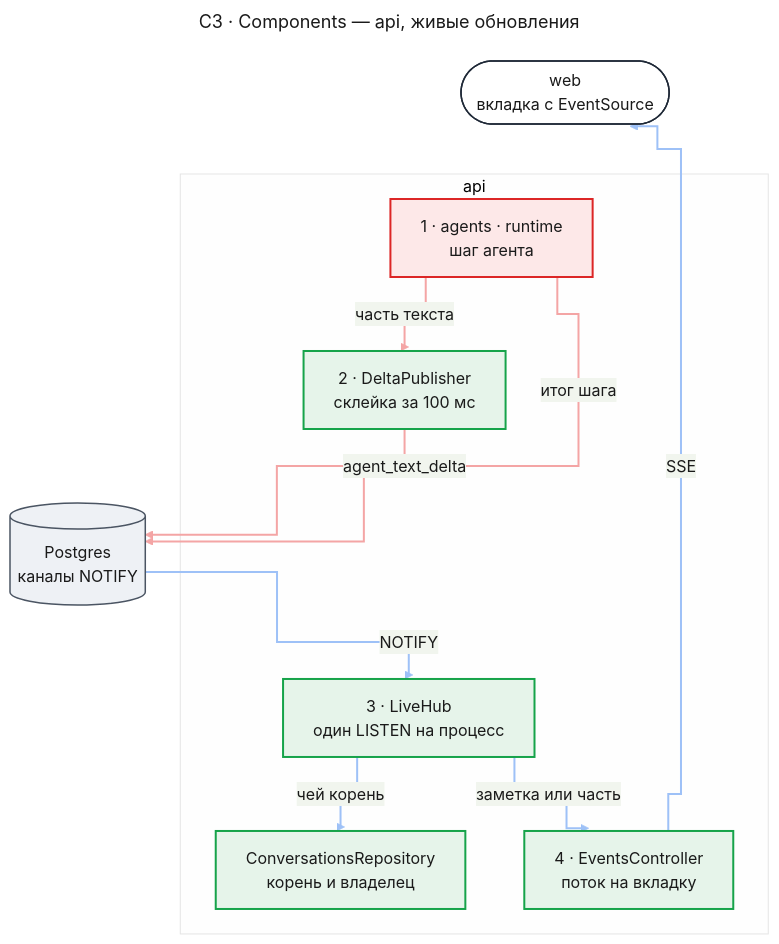
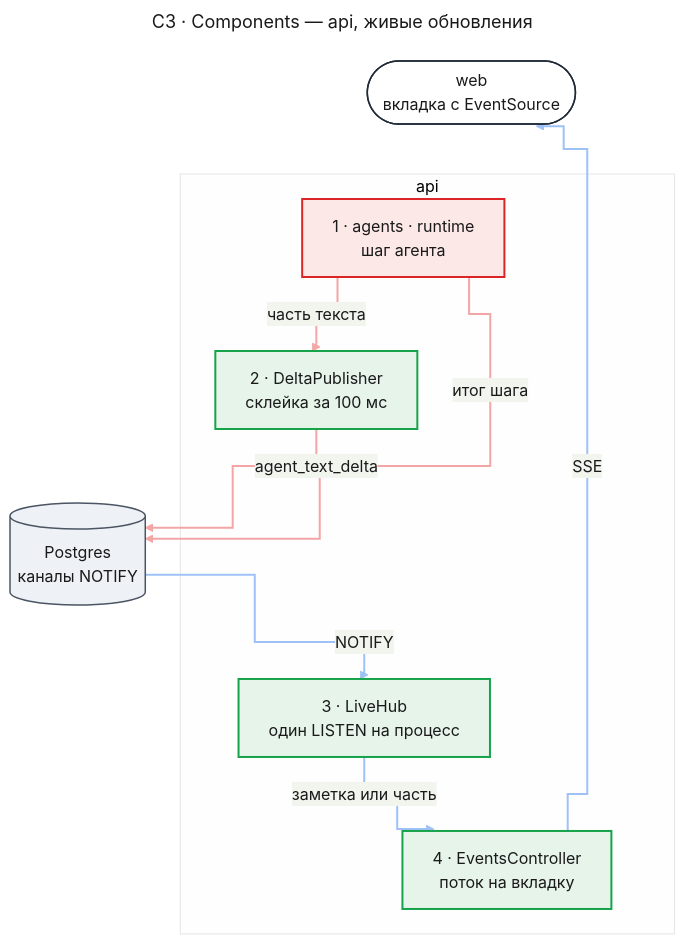
The third of 10 diagrams in docs/features/agent-platform/design-chat.md (tundraray/agent-os), drawn with Mermaid before and after one commit. The commit also changed other lines of this file and 420 other files, not shown here.

````diff
--- a/docs/features/agent-platform/design-chat.md
+++ b/docs/features/agent-platform/design-chat.md
@@ -252,58 +259,54 @@
 ```mermaid
 ---
 title: "C3 · Components — api, живые обновления"
 config:
   theme: base
   look: classic
   themeVariables:
     primaryColor: "#eef1f5"
     primaryBorderColor: "#4b5563"
     primaryTextColor: "#1a1a1a"
     lineColor: "#6b7280"
   flowchart:
     curve: step
   themeCSS: |
-    @keyframes lit_ch3b{0%,12.86%{stroke:#991b1b;stroke-width:6px}14.29%,100%{stroke:#f4a5a5;stroke-width:2px}}
-    @keyframes litr_ch3b{0%,12.86%{stroke:#1d4ed8;stroke-width:6px}14.29%,100%{stroke:#9ec1f7;stroke-width:2px}}
+    @keyframes lit_ch3b{0%,15%{stroke:#991b1b;stroke-width:6px}16.67%,100%{stroke:#f4a5a5;stroke-width:2px}}
+    @keyframes litr_ch3b{0%,15%{stroke:#1d4ed8;stroke-width:6px}16.67%,100%{stroke:#9ec1f7;stroke-width:2px}}
 ---
 flowchart TB
     web(["web<br/>вкладка с EventSource"])
     subgraph api["api"]
         pk["1 · agents · runtime<br/>шаг агента"]
         pub["2 · DeltaPublisher<br/>склейка за 100 мс"]
         hub["3 · LiveHub<br/>один LISTEN на процесс"]
-        repo["ConversationsRepository<br/>корень и владелец"]
         ev["4 · EventsController<br/>поток на вкладку"]
     end
     db[("Postgres<br/>каналы NOTIFY")]
     web ~~~ pk
     pk e1@-->|"часть текста"| pub
     pub e2@-->|"agent_text_delta"| db
     pk e3@-->|"итог шага"| db
     db e4@-->|"NOTIFY"| hub
-    hub e5@-->|"чей корень"| repo
-    hub e6@-->|"заметка или часть"| ev
-    ev e7@-->|"SSE"| web
+    hub e5@-->|"заметка или часть"| ev
+    ev e6@-->|"SSE"| web
     classDef ext fill:#ffffff,stroke:#1f2937,stroke-width:1.5px,color:#1a1a1a
     classDef changed fill:#fde8e8,stroke:#dc2626,stroke-width:2px,color:#1a1a1a
     classDef new fill:#e6f4ea,stroke:#16a34a,stroke-width:2px,color:#1a1a1a
     classDef unchanged fill:#eef1f5,stroke:#4b5563,stroke-width:1.5px,color:#1a1a1a
-    classDef w1 stroke:#f4a5a5,stroke-width:2px,animation:lit_ch3b 8.4s linear 0s infinite
-    classDef w2 stroke:#f4a5a5,stroke-width:2px,animation:lit_ch3b 8.4s linear 1.2s infinite
-    classDef w3 stroke:#f4a5a5,stroke-width:2px,animation:lit_ch3b 8.4s linear 2.4s infinite
-    classDef r1 stroke:#9ec1f7,stroke-width:2px,animation:litr_ch3b 8.4s linear 3.6s infinite
-    classDef r2 stroke:#9ec1f7,stroke-width:2px,animation:litr_ch3b 8.4s linear 4.8s infinite
-    classDef r3 stroke:#9ec1f7,stroke-width:2px,animation:litr_ch3b 8.4s linear 6s infinite
-    classDef r4 stroke:#9ec1f7,stroke-width:2px,animation:litr_ch3b 8.4s linear 7.2s infinite
+    classDef w1 stroke:#f4a5a5,stroke-width:2px,animation:lit_ch3b 7.2s linear 0s infinite
+    classDef w2 stroke:#f4a5a5,stroke-width:2px,animation:lit_ch3b 7.2s linear 1.2s infinite
+    classDef w3 stroke:#f4a5a5,stroke-width:2px,animation:lit_ch3b 7.2s linear 2.4s infinite
+    classDef r1 stroke:#9ec1f7,stroke-width:2px,animation:litr_ch3b 7.2s linear 3.6s infinite
+    classDef r2 stroke:#9ec1f7,stroke-width:2px,animation:litr_ch3b 7.2s linear 4.8s infinite
+    classDef r3 stroke:#9ec1f7,stroke-width:2px,animation:litr_ch3b 7.2s linear 6s infinite
     class web ext
     class pk changed
-    class pub,hub,ev,repo new
+    class pub,hub,ev new
     class db unchanged
     class e1 w1
     class e2 w2
     class e3 w3
     class e4 r1
     class e5 r2
     class e6 r3
-    class e7 r4
 ```
````
